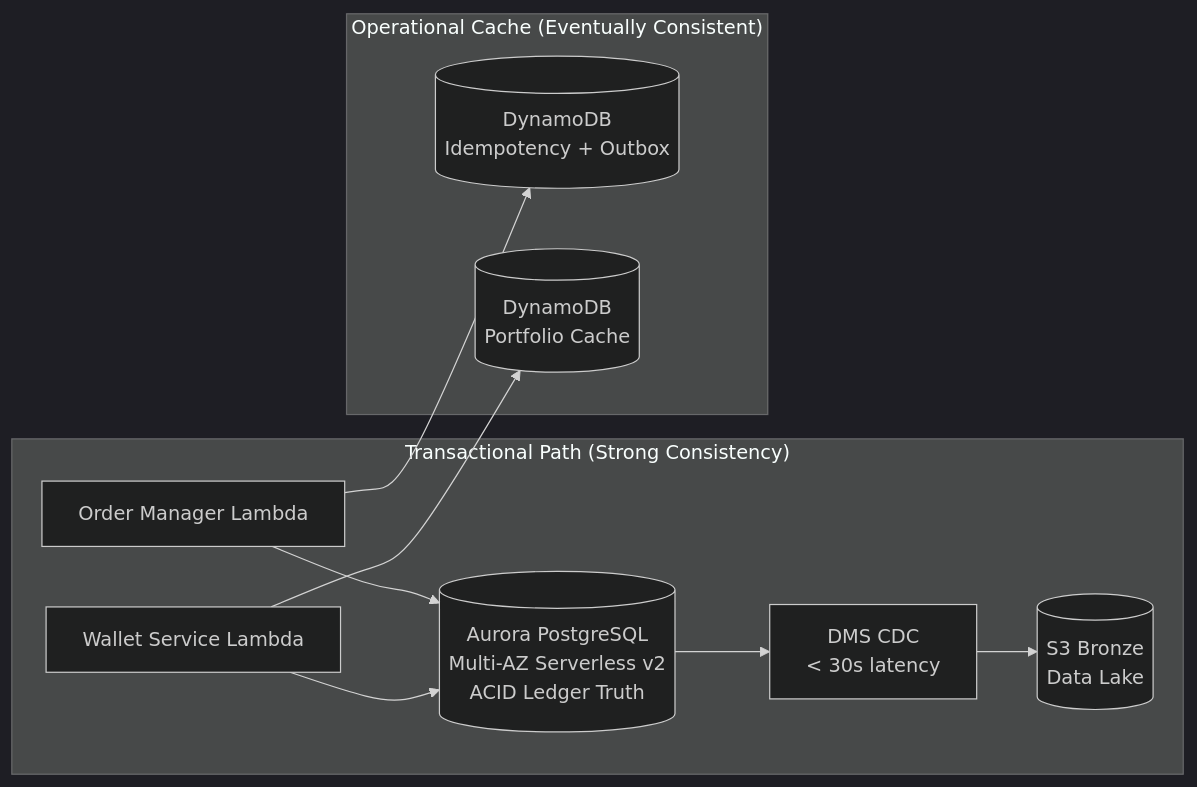
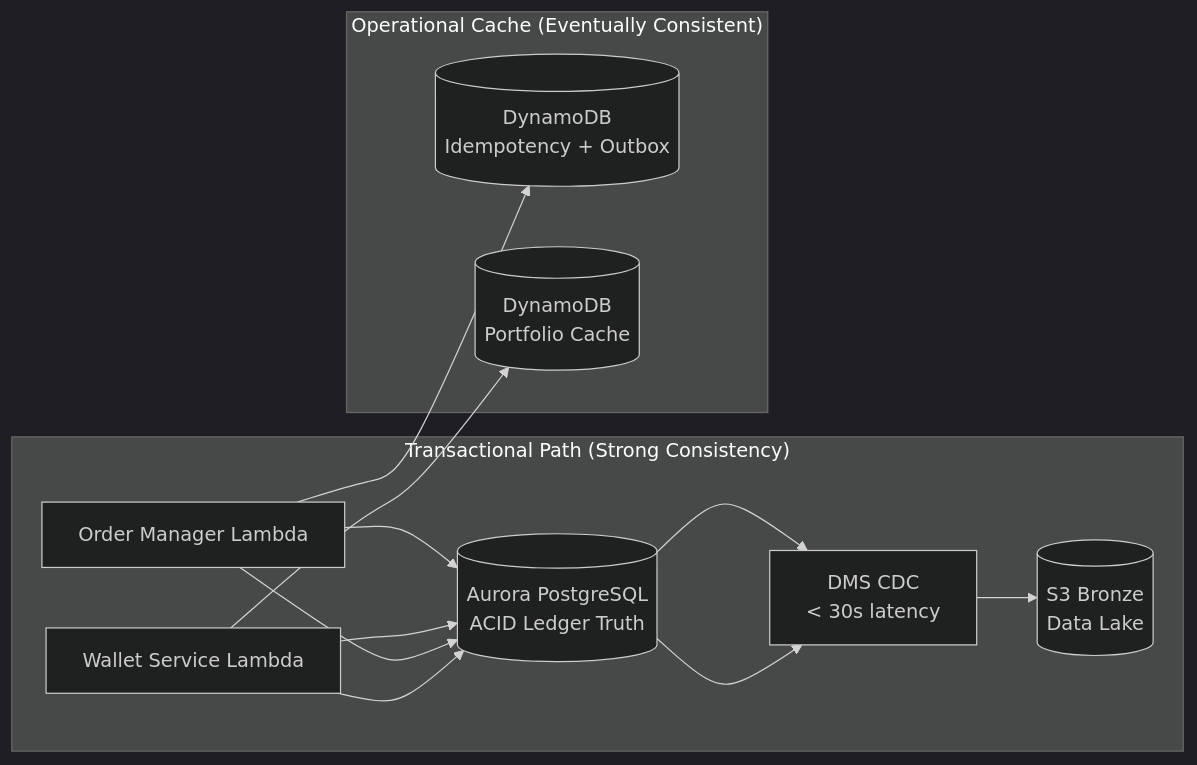
One commit to dasroopesh-blip/verticalbroker-aws-platform changed diagram 17 of 18 in .kiro/specs/verticalbroker-data-platform/design.md. Above: the diagram before and after it, drawn with Mermaid (dark theme). The commit also changed other lines of this file, not shown here.

Commit message:
Add Aurora PostgreSQL to HLD Mermaid diagram
Added to Lane 1 (Transactional Trading):
- AURORA node: Aurora PostgreSQL ACID Ledger Truth
- OM --> AURORA (Order Manager writes orders/trades to Aurora)
- WS --> AURORA (Wallet Service reads/writes wallets/positions)
- AURORA --> DMS (Aurora is the CDC source for DMS pipeline to S3 Bronze)

DynamoDB remains for operational state (idempotency, outbox, cache).
Aurora is the ACID ledger truth.

````diff
--- a/.kiro/specs/verticalbroker-data-platform/design.md
+++ b/.kiro/specs/verticalbroker-data-platform/design.md
@@ -2511,14 +2515,18 @@
 ```mermaid
 graph LR
     subgraph "Transactional Path (Strong Consistency)"
         OM[Order Manager Lambda] --> AURORA[(Aurora PostgreSQL<br/>Multi-AZ Serverless v2<br/>ACID Ledger Truth)]
         WS[Wallet Service Lambda] --> AURORA
         AURORA --> DMS[DMS CDC<br/>< 30s latency]
         DMS --> S3B[(S3 Bronze<br/>Data Lake)]
+    AURORA --> DMS
     end
     
     subgraph "Operational Cache (Eventually Consistent)"
         OM --> DDB[(DynamoDB<br/>Idempotency + Outbox)]
+    OM --> AURORA
+    WS --> AURORA
+        AURORA[(Aurora PostgreSQL<br/>ACID Ledger Truth)]
         WS --> DDB2[(DynamoDB<br/>Portfolio Cache)]
     end
 ```
````
